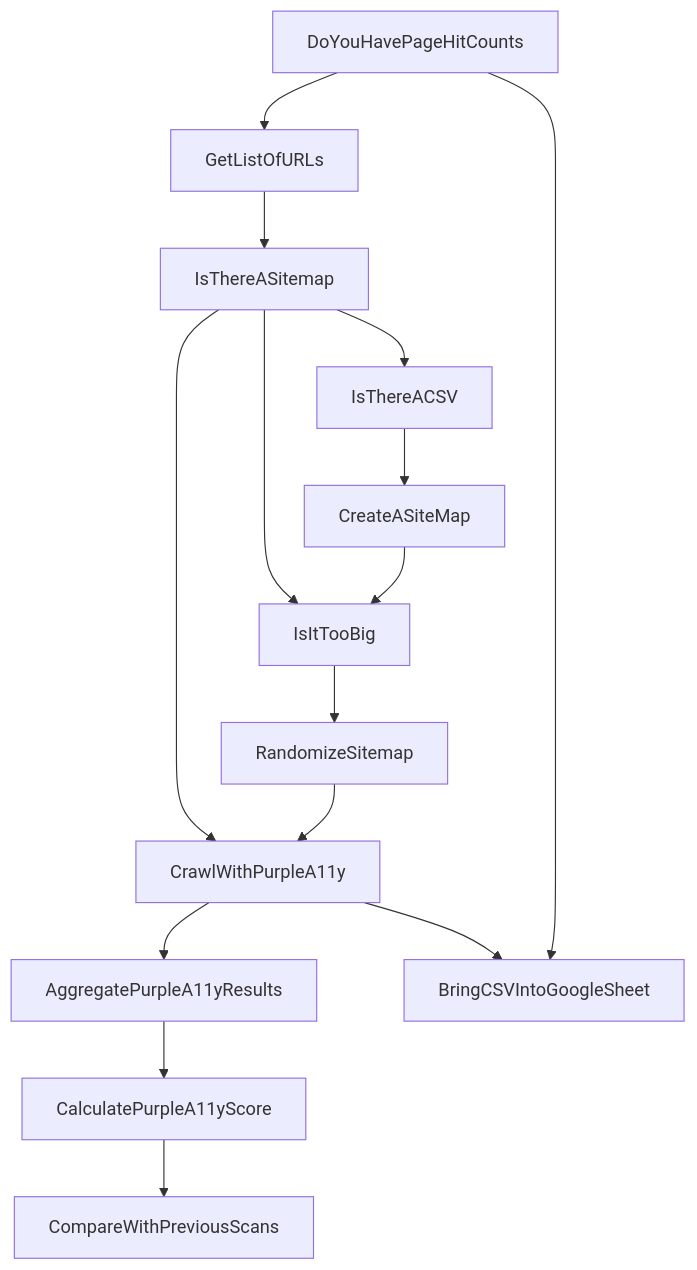
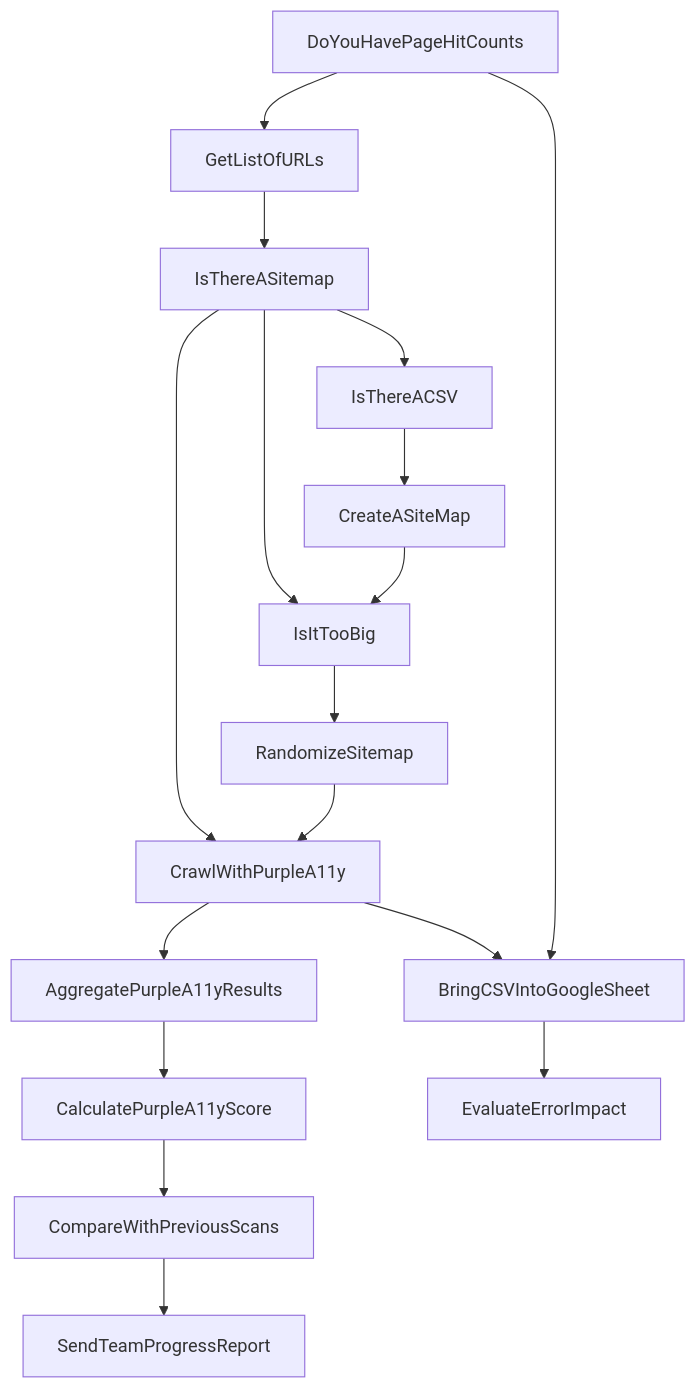
Before and after one commit to mgifford/purple-a11y: the diagram in sitemap-tools/decision-tree.md, drawn with Mermaid.

````diff
--- a/sitemap-tools/decision-tree.md
+++ b/sitemap-tools/decision-tree.md
@@ -3,17 +3,19 @@
 ```mermaid
 graph TD;
     DoYouHavePageHitCounts-->GetListOfURLs;
     IsThereASitemap-->IsThereACSV;
     GetListOfURLs-->IsThereASitemap;
     IsThereACSV-->CreateASiteMap;
     IsThereASitemap-->CrawlWithPurpleA11y;
     IsThereASitemap-->IsItTooBig;
     CreateASiteMap-->IsItTooBig;
     IsItTooBig-->RandomizeSitemap;
     RandomizeSitemap-->CrawlWithPurpleA11y;
     CrawlWithPurpleA11y-->AggregatePurpleA11yResults;
     AggregatePurpleA11yResults-->CalculatePurpleA11yScore;
     CrawlWithPurpleA11y-->BringCSVIntoGoogleSheet;
     DoYouHavePageHitCounts-->BringCSVIntoGoogleSheet;
+    BringCSVIntoGoogleSheet-->EvaluateErrorImpact;
     CalculatePurpleA11yScore-->CompareWithPreviousScans;
+    CompareWithPreviousScans-->SendTeamProgressReport;
 ```
````
